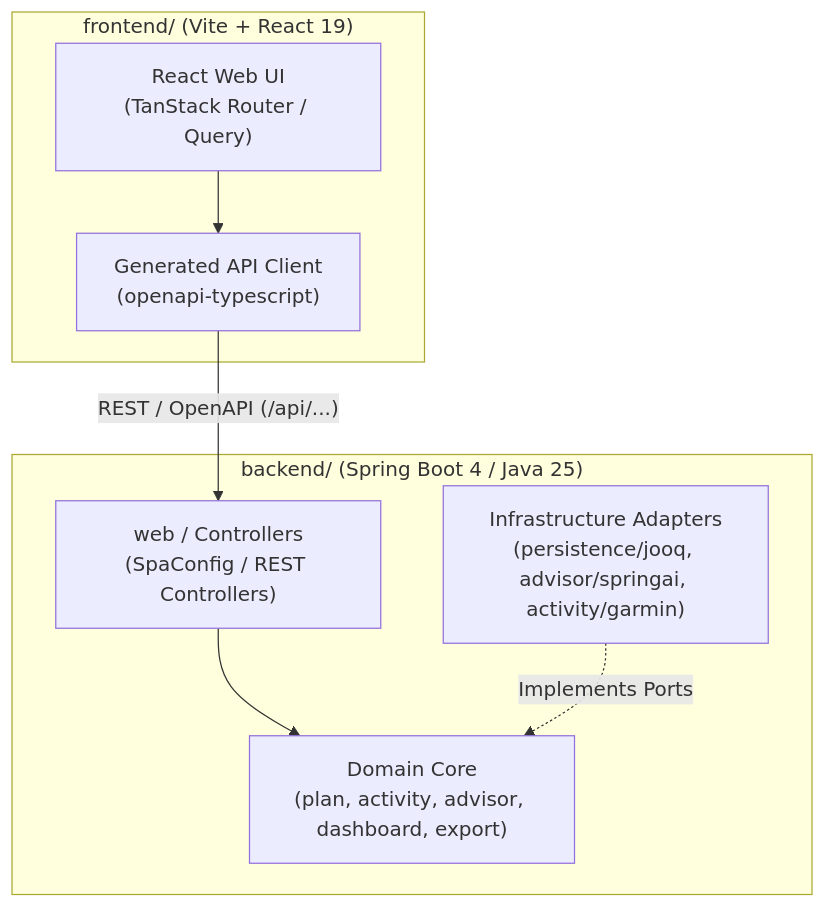
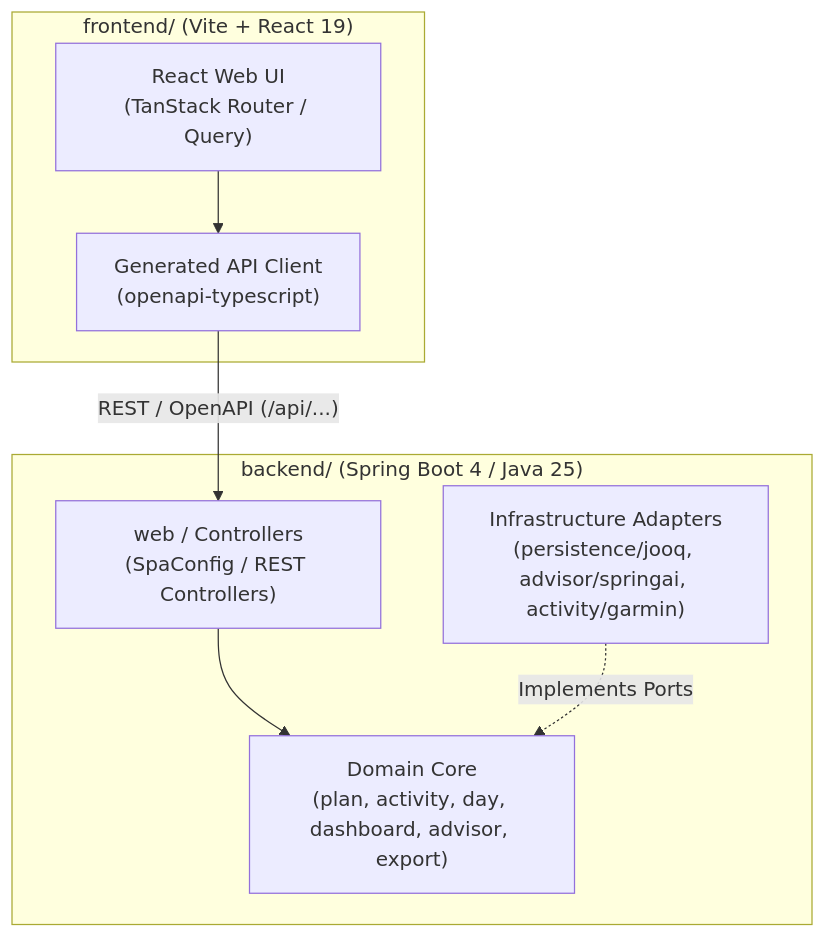
Before and after one commit to tis-abe-akira/run-buddy: the first of 3 diagrams in openwiki/architecture/overview.md, drawn with Mermaid. The commit also changed other lines of this file and 14 other files, not shown here.

````diff
--- a/openwiki/architecture/overview.md
+++ b/openwiki/architecture/overview.md
@@ -64,19 +67,19 @@
 ```mermaid
 flowchart TD
     subgraph Frontend ["frontend/ (Vite + React 19)"]
         UI["React Web UI\n(TanStack Router / Query)"]
         GenClient["Generated API Client\n(openapi-typescript)"]
         UI --> GenClient
     end
 
     subgraph Backend ["backend/ (Spring Boot 4 / Java 25)"]
         WebLayer["web / Controllers\n(SpaConfig / REST Controllers)"]
-        DomainCore["Domain Core\n(plan, activity, advisor, dashboard, export)"]
+        DomainCore["Domain Core\n(plan, activity, day, dashboard, advisor, export)"]
         InfraAdapters["Infrastructure Adapters\n(persistence/jooq, advisor/springai, activity/garmin)"]
 
         WebLayer --> DomainCore
         InfraAdapters -.->|"Implements Ports"| DomainCore
     end
 
     GenClient -->|"REST / OpenAPI (/api/...)"| WebLayer
 ```
````
